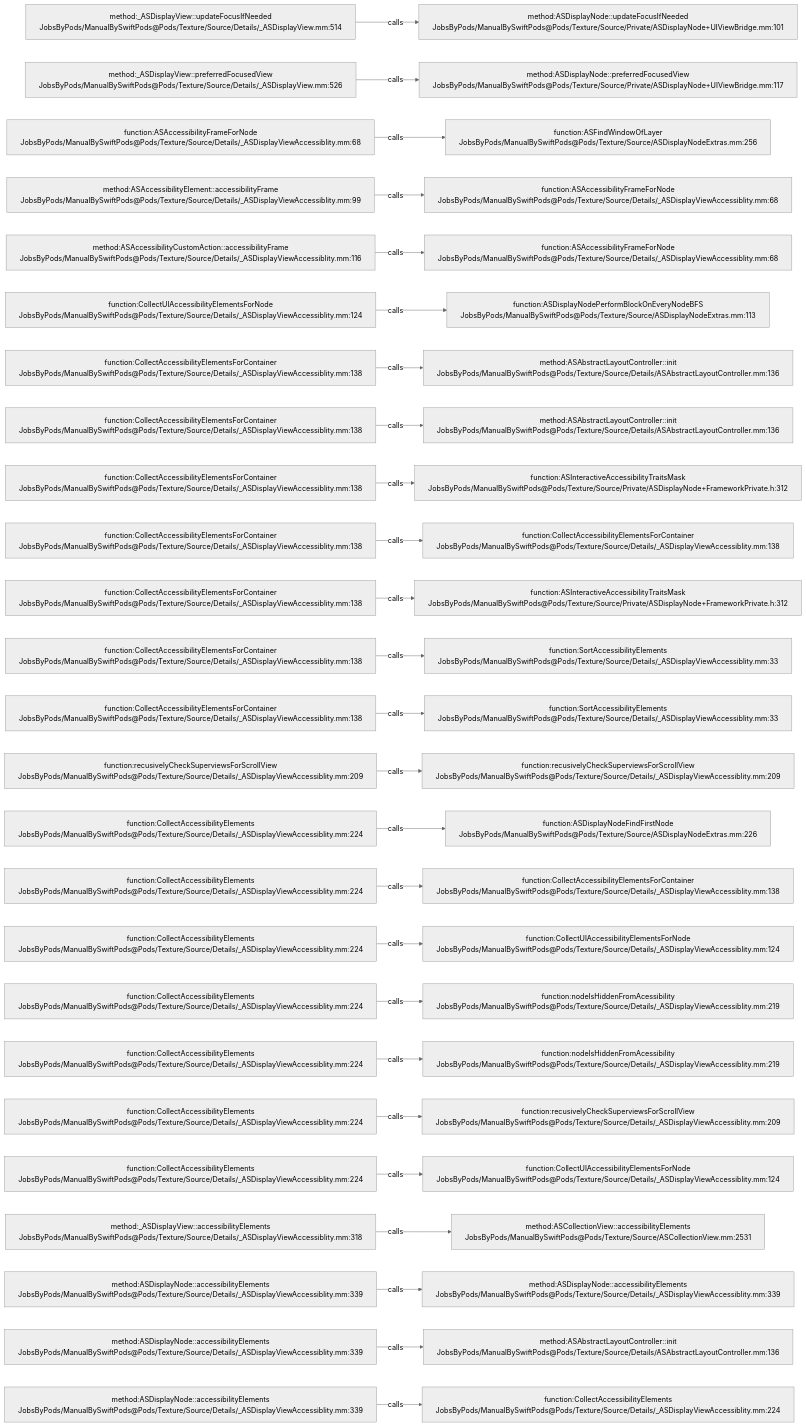
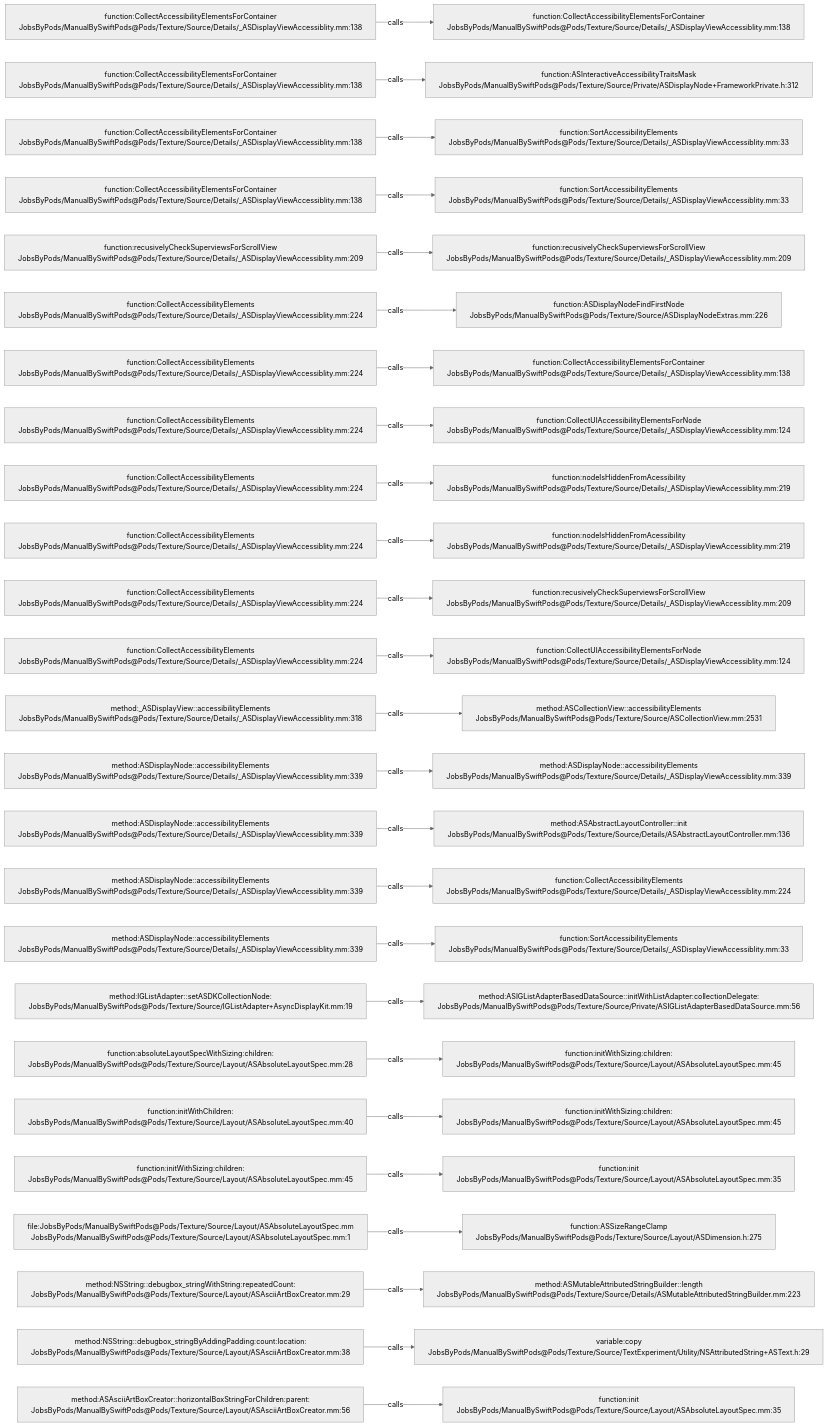
One commit to JobsKits/JobsSwiftBaseConfigDemo changed the diagram in .codegraph/codegraph.md/graphs/calls-104.md. Above: the diagram before and after it, drawn with Mermaid (neutral theme). The commit also changed 707 other files, not shown here.

````diff
--- a/.codegraph/codegraph.md/graphs/calls-104.md
+++ b/.codegraph/codegraph.md/graphs/calls-104.md
@@ -13,78 +13,78 @@
 ```mermaid
 flowchart LR
-  S1["method:_ASDisplayView::updateFocusIfNeeded<br/>JobsByPods/ManualBySwiftPods@Pods/Texture/Source/Details/_ASDisplayView.mm:514"]
-  T1["method:ASDisplayNode::updateFocusIfNeeded<br/>JobsByPods/ManualBySwiftPods@Pods/Texture/Source/Private/ASDisplayNode+UIViewBridge.mm:101"]
+  S1["function:CollectAccessibilityElementsForContainer<br/>JobsByPods/ManualBySwiftPods@Pods/Texture/Source/Details/_ASDisplayViewAccessiblity.mm:138"]
+  T1["function:CollectAccessibilityElementsForContainer<br/>JobsByPods/ManualBySwiftPods@Pods/Texture/Source/Details/_ASDisplayViewAccessiblity.mm:138"]
   S1 -->|calls| T1
-  S2["method:_ASDisplayView::preferredFocusedView<br/>JobsByPods/ManualBySwiftPods@Pods/Texture/Source/Details/_ASDisplayView.mm:526"]
-  T2["method:ASDisplayNode::preferredFocusedView<br/>JobsByPods/ManualBySwiftPods@Pods/Texture/Source/Private/ASDisplayNode+UIViewBridge.mm:117"]
+  S2["function:CollectAccessibilityElementsForContainer<br/>JobsByPods/ManualBySwiftPods@Pods/Texture/Source/Details/_ASDisplayViewAccessiblity.mm:138"]
+  T2["function:ASInteractiveAccessibilityTraitsMask<br/>JobsByPods/ManualBySwiftPods@Pods/Texture/Source/Private/ASDisplayNode+FrameworkPrivate.h:312"]
   S2 -->|calls| T2
-  S3["function:ASAccessibilityFrameForNode<br/>JobsByPods/ManualBySwiftPods@Pods/Texture/Source/Details/_ASDisplayViewAccessiblity.mm:68"]
-  T3["function:ASFindWindowOfLayer<br/>JobsByPods/ManualBySwiftPods@Pods/Texture/Source/ASDisplayNodeExtras.mm:256"]
+  S3["function:CollectAccessibilityElementsForContainer<br/>JobsByPods/ManualBySwiftPods@Pods/Texture/Source/Details/_ASDisplayViewAccessiblity.mm:138"]
+  T3["function:SortAccessibilityElements<br/>JobsByPods/ManualBySwiftPods@Pods/Texture/Source/Details/_ASDisplayViewAccessiblity.mm:33"]
   S3 -->|calls| T3
-  S4["method:ASAccessibilityElement::accessibilityFrame<br/>JobsByPods/ManualBySwiftPods@Pods/Texture/Source/Details/_ASDisplayViewAccessiblity.mm:99"]
-  T4["function:ASAccessibilityFrameForNode<br/>JobsByPods/ManualBySwiftPods@Pods/Texture/Source/Details/_ASDisplayViewAccessiblity.mm:68"]
+  S4["function:CollectAccessibilityElementsForContainer<br/>JobsByPods/ManualBySwiftPods@Pods/Texture/Source/Details/_ASDisplayViewAccessiblity.mm:138"]
+  T4["function:SortAccessibilityElements<br/>JobsByPods/ManualBySwiftPods@Pods/Texture/Source/Details/_ASDisplayViewAccessiblity.mm:33"]
   S4 -->|calls| T4
-  S5["method:ASAccessibilityCustomAction::accessibilityFrame<br/>JobsByPods/ManualBySwiftPods@Pods/Texture/Source/Details/_ASDisplayViewAccessiblity.mm:116"]
-  T5["function:ASAccessibilityFrameForNode<br/>JobsByPods/ManualBySwiftPods@Pods/Texture/Source/Details/_ASDisplayViewAccessiblity.mm:68"]
+  S5["function:recusivelyCheckSuperviewsForScrollView<br/>JobsByPods/ManualBySwiftPods@Pods/Texture/Source/Details/_ASDisplayViewAccessiblity.mm:209"]
+  T5["function:recusivelyCheckSuperviewsForScrollView<br/>JobsByPods/ManualBySwiftPods@Pods/Texture/Source/Details/_ASDisplayViewAccessiblity.mm:209"]
   S5 -->|calls| T5
-  S6["function:CollectUIAccessibilityElementsForNode<br/>JobsByPods/ManualBySwiftPods@Pods/Texture/Source/Details/_ASDisplayViewAccessiblity.mm:124"]
-  T6["function:ASDisplayNodePerformBlockOnEveryNodeBFS<br/>JobsByPods/ManualBySwiftPods@Pods/Texture/Source/ASDisplayNodeExtras.mm:113"]
+  S6["function:CollectAccessibilityElements<br/>JobsByPods/ManualBySwiftPods@Pods/Texture/Source/Details/_ASDisplayViewAccessiblity.mm:224"]
+  T6["function:ASDisplayNodeFindFirstNode<br/>JobsByPods/ManualBySwiftPods@Pods/Texture/Source/ASDisplayNodeExtras.mm:226"]
   S6 -->|calls| T6
-  S7["function:CollectAccessibilityElementsForContainer<br/>JobsByPods/ManualBySwiftPods@Pods/Texture/Source/Details/_ASDisplayViewAccessiblity.mm:138"]
-  T7["method:ASAbstractLayoutController::init<br/>JobsByPods/ManualBySwiftPods@Pods/Texture/Source/Details/ASAbstractLayoutController.mm:136"]
+  S7["function:CollectAccessibilityElements<br/>JobsByPods/ManualBySwiftPods@Pods/Texture/Source/Details/_ASDisplayViewAccessiblity.mm:224"]
+  T7["function:CollectAccessibilityElementsForContainer<br/>JobsByPods/ManualBySwiftPods@Pods/Texture/Source/Details/_ASDisplayViewAccessiblity.mm:138"]
   S7 -->|calls| T7
-  S8["function:CollectAccessibilityElementsForContainer<br/>JobsByPods/ManualBySwiftPods@Pods/Texture/Source/Details/_ASDisplayViewAccessiblity.mm:138"]
-  T8["method:ASAbstractLayoutController::init<br/>JobsByPods/ManualBySwiftPods@Pods/Texture/Source/Details/ASAbstractLayoutController.mm:136"]
+  S8["function:CollectAccessibilityElements<br/>JobsByPods/ManualBySwiftPods@Pods/Texture/Source/Details/_ASDisplayViewAccessiblity.mm:224"]
+  T8["function:CollectUIAccessibilityElementsForNode<br/>JobsByPods/ManualBySwiftPods@Pods/Texture/Source/Details/_ASDisplayViewAccessiblity.mm:124"]
   S8 -->|calls| T8
-  S9["function:CollectAccessibilityElementsForContainer<br/>JobsByPods/ManualBySwiftPods@Pods/Texture/Source/Details/_ASDisplayViewAccessiblity.mm:138"]
-  T9["function:ASInteractiveAccessibilityTraitsMask<br/>JobsByPods/ManualBySwiftPods@Pods/Texture/Source/Private/ASDisplayNode+FrameworkPrivate.h:312"]
+  S9["function:CollectAccessibilityElements<br/>JobsByPods/ManualBySwiftPods@Pods/Texture/Source/Details/_ASDisplayViewAccessiblity.mm:224"]
+  T9["function:nodeIsHiddenFromAcessibility<br/>JobsByPods/ManualBySwiftPods@Pods/Texture/Source/Details/_ASDisplayViewAccessiblity.mm:219"]
   S9 -->|calls| T9
-  S10["function:CollectAccessibilityElementsForContainer<br/>JobsByPods/ManualBySwiftPods@Pods/Texture/Source/Details/_ASDisplayViewAccessiblity.mm:138"]
-  T10["function:CollectAccessibilityElementsForContainer<br/>JobsByPods/ManualBySwiftPods@Pods/Texture/Source/Details/_ASDisplayViewAccessiblity.mm:138"]
+  S10["function:CollectAccessibilityElements<br/>JobsByPods/ManualBySwiftPods@Pods/Texture/Source/Details/_ASDisplayViewAccessiblity.mm:224"]
+  T10["function:nodeIsHiddenFromAcessibility<br/>JobsByPods/ManualBySwiftPods@Pods/Texture/Source/Details/_ASDisplayViewAccessiblity.mm:219"]
   S10 -->|calls| T10
-  S11["function:CollectAccessibilityElementsForContainer<br/>JobsByPods/ManualBySwiftPods@Pods/Texture/Source/Details/_ASDisplayViewAccessiblity.mm:138"]
-  T11["function:ASInteractiveAccessibilityTraitsMask<br/>JobsByPods/ManualBySwiftPods@Pods/Texture/Source/Private/ASDisplayNode+FrameworkPrivate.h:312"]
+  S11["function:CollectAccessibilityElements<br/>JobsByPods/ManualBySwiftPods@Pods/Texture/Source/Details/_ASDisplayViewAccessiblity.mm:224"]
+  T11["function:recusivelyCheckSuperviewsForScrollView<br/>JobsByPods/ManualBySwiftPods@Pods/Texture/Source/Details/_ASDisplayViewAccessiblity.mm:209"]
   S11 -->|calls| T11
-  S12["function:CollectAccessibilityElementsForContainer<br/>JobsByPods/ManualBySwiftPods@Pods/Texture/Source/Details/_ASDisplayViewAccessiblity.mm:138"]
-  T12["function:SortAccessibilityElements<br/>JobsByPods/ManualBySwiftPods@Pods/Texture/Source/Details/_ASDisplayViewAccessiblity.mm:33"]
+  S12["function:CollectAccessibilityElements<br/>JobsByPods/ManualBySwiftPods@Pods/Texture/Source/Details/_ASDisplayViewAccessiblity.mm:224"]
+  T12["function:CollectUIAccessibilityElementsForNode<br/>JobsByPods/ManualBySwiftPods@Pods/Texture/Source/Details/_ASDisplayViewAccessiblity.mm:124"]
   S12 -->|calls| T12
-  S13["function:CollectAccessibilityElementsForContainer<br/>JobsByPods/ManualBySwiftPods@Pods/Texture/Source/Details/_ASDisplayViewAccessiblity.mm:138"]
-  T13["function:SortAccessibilityElements<br/>JobsByPods/ManualBySwiftPods@Pods/Texture/Source/Details/_ASDisplayViewAccessiblity.mm:33"]
+  S13["method:_ASDisplayView::accessibilityElements<br/>JobsByPods/ManualBySwiftPods@Pods/Texture/Source/Details/_ASDisplayViewAccessiblity.mm:318"]
+  T13["method:ASCollectionView::accessibilityElements<br/>JobsByPods/ManualBySwiftPods@Pods/Texture/Source/ASCollectionView.mm:2531"]
   S13 -->|calls| T13
-  S14["function:recusivelyCheckSuperviewsForScrollView<br/>JobsByPods/ManualBySwiftPods@Pods/Texture/Source/Details/_ASDisplayViewAccessiblity.mm:209"]
-  T14["function:recusivelyCheckSuperviewsForScrollView<br/>JobsByPods/ManualBySwiftPods@Pods/Texture/Source/Details/_ASDisplayViewAccessiblity.mm:209"]
+  S14["method:ASDisplayNode::accessibilityElements<br/>JobsByPods/ManualBySwiftPods@Pods/Texture/Source/Details/_ASDisplayViewAccessiblity.mm:339"]
+  T14["method:ASDisplayNode::accessibilityElements<br/>JobsByPods/ManualBySwiftPods@Pods/Texture/Source/Details/_ASDisplayViewAccessiblity.mm:339"]
   S14 -->|calls| T14
-  S15["function:CollectAccessibilityElements<br/>JobsByPods/ManualBySwiftPods@Pods/Texture/Source/Details/_ASDisplayViewAccessiblity.mm:224"]
-  T15["function:ASDisplayNodeFindFirstNode<br/>JobsByPods/ManualBySwiftPods@Pods/Texture/Source/ASDisplayNodeExtras.mm:226"]
+  S15["method:ASDisplayNode::accessibilityElements<br/>JobsByPods/ManualBySwiftPods@Pods/Texture/Source/Details/_ASDisplayViewAccessiblity.mm:339"]
+  T15["method:ASAbstractLayoutController::init<br/>JobsByPods/ManualBySwiftPods@Pods/Texture/Source/Details/ASAbstractLayoutController.mm:136"]
   S15 -->|calls| T15
-  S16["function:CollectAccessibilityElements<br/>JobsByPods/ManualBySwiftPods@Pods/Texture/Source/Details/_ASDisplayViewAccessiblity.mm:224"]
-  T16["function:CollectAccessibilityElementsForContainer<br/>JobsByPods/ManualBySwiftPods@Pods/Texture/Source/Details/_ASDisplayViewAccessiblity.mm:138"]
+  S16["method:ASDisplayNode::accessibilityElements<br/>JobsByPods/ManualBySwiftPods@Pods/Texture/Source/Details/_ASDisplayViewAccessiblity.mm:339"]
+  T16["function:CollectAccessibilityElements<br/>JobsByPods/ManualBySwiftPods@Pods/Texture/Source/Details/_ASDisplayViewAccessiblity.mm:224"]
   S16 -->|calls| T16
-  S17["function:CollectAccessibilityElements<br/>JobsByPods/ManualBySwiftPods@Pods/Texture/Source/Details/_ASDisplayViewAccessiblity.mm:224"]
-  T17["function:CollectUIAccessibilityElementsForNode<br/>JobsByPods/ManualBySwiftPods@Pods/Texture/Source/Details/_ASDisplayViewAccessiblity.mm:124"]
+  S17["method:ASDisplayNode::accessibilityElements<br/>JobsByPods/ManualBySwiftPods@Pods/Texture/Source/Details/_ASDisplayViewAccessiblity.mm:339"]
+  T17["function:SortAccessibilityElements<br/>JobsByPods/ManualBySwiftPods@Pods/Texture/Source/Details/_ASDisplayViewAccessiblity.mm:33"]
   S17 -->|calls| T17
-  S18["function:CollectAccessibilityElements<br/>JobsByPods/ManualBySwiftPods@Pods/Texture/Source/Details/_ASDisplayViewAccessiblity.mm:224"]
-  T18["function:nodeIsHiddenFromAcessibility<br/>JobsByPods/ManualBySwiftPods@Pods/Texture/Source/Details/_ASDisplayViewAccessiblity.mm:219"]
+  S18["method:IGListAdapter::setASDKCollectionNode:<br/>JobsByPods/ManualBySwiftPods@Pods/Texture/Source/IGListAdapter+AsyncDisplayKit.mm:19"]
+  T18["method:ASIGListAdapterBasedDataSource::initWithListAdapter:collectionDelegate:<br/>JobsByPods/ManualBySwiftPods@Pods/Texture/Source/Private/ASIGListAdapterBasedDataSource.mm:56"]
   S18 -->|calls| T18
-  S19["function:CollectAccessibilityElements<br/>JobsByPods/ManualBySwiftPods@Pods/Texture/Source/Details/_ASDisplayViewAccessiblity.mm:224"]
-  T19["function:nodeIsHiddenFromAcessibility<br/>JobsByPods/ManualBySwiftPods@Pods/Texture/Source/Details/_ASDisplayViewAccessiblity.mm:219"]
+  S19["function:absoluteLayoutSpecWithSizing:children:<br/>JobsByPods/ManualBySwiftPods@Pods/Texture/Source/Layout/ASAbsoluteLayoutSpec.mm:28"]
+  T19["function:initWithSizing:children:<br/>JobsByPods/ManualBySwiftPods@Pods/Texture/Source/Layout/ASAbsoluteLayoutSpec.mm:45"]
   S19 -->|calls| T19
-  S20["function:CollectAccessibilityElements<br/>JobsByPods/ManualBySwiftPods@Pods/Texture/Source/Details/_ASDisplayViewAccessiblity.mm:224"]
-  T20["function:recusivelyCheckSuperviewsForScrollView<br/>JobsByPods/ManualBySwiftPods@Pods/Texture/Source/Details/_ASDisplayViewAccessiblity.mm:209"]
+  S20["function:initWithChildren:<br/>JobsByPods/ManualBySwiftPods@Pods/Texture/Source/Layout/ASAbsoluteLayoutSpec.mm:40"]
+  T20["function:initWithSizing:children:<br/>JobsByPods/ManualBySwiftPods@Pods/Texture/Source/Layout/ASAbsoluteLayoutSpec.mm:45"]
   S20 -->|calls| T20
-  S21["function:CollectAccessibilityElements<br/>JobsByPods/ManualBySwiftPods@Pods/Texture/Source/Details/_ASDisplayViewAccessiblity.mm:224"]
-  T21["function:CollectUIAccessibilityElementsForNode<br/>JobsByPods/ManualBySwiftPods@Pods/Texture/Source/Details/_ASDisplayViewAccessiblity.mm:124"]
+  S21["function:initWithSizing:children:<br/>JobsByPods/ManualBySwiftPods@Pods/Texture/Source/Layout/ASAbsoluteLayoutSpec.mm:45"]
+  T21["function:init<br/>JobsByPods/ManualBySwiftPods@Pods/Texture/Source/Layout/ASAbsoluteLayoutSpec.mm:35"]
   S21 -->|calls| T21
-  S22["method:_ASDisplayView::accessibilityElements<br/>JobsByPods/ManualBySwiftPods@Pods/Texture/Source/Details/_ASDisplayViewAccessiblity.mm:318"]
-  T22["method:ASCollectionView::accessibilityElements<br/>JobsByPods/ManualBySwiftPods@Pods/Texture/Source/ASCollectionView.mm:2531"]
+  S22["file:JobsByPods/ManualBySwiftPods@Pods/Texture/Source/Layout/ASAbsoluteLayoutSpec.mm<br/>JobsByPods/ManualBySwiftPods@Pods/Texture/Source/Layout/ASAbsoluteLayoutSpec.mm:1"]
+  T22["function:ASSizeRangeClamp<br/>JobsByPods/ManualBySwiftPods@Pods/Texture/Source/Layout/ASDimension.h:275"]
   S22 -->|calls| T22
-  S23["method:ASDisplayNode::accessibilityElements<br/>JobsByPods/ManualBySwiftPods@Pods/Texture/Source/Details/_ASDisplayViewAccessiblity.mm:339"]
-  T23["method:ASDisplayNode::accessibilityElements<br/>JobsByPods/ManualBySwiftPods@Pods/Texture/Source/Details/_ASDisplayViewAccessiblity.mm:339"]
+  S23["method:NSString::debugbox_stringWithString:repeatedCount:<br/>JobsByPods/ManualBySwiftPods@Pods/Texture/Source/Layout/ASAsciiArtBoxCreator.mm:29"]
+  T23["method:ASMutableAttributedStringBuilder::length<br/>JobsByPods/ManualBySwiftPods@Pods/Texture/Source/Details/ASMutableAttributedStringBuilder.mm:223"]
   S23 -->|calls| T23
-  S24["method:ASDisplayNode::accessibilityElements<br/>JobsByPods/ManualBySwiftPods@Pods/Texture/Source/Details/_ASDisplayViewAccessiblity.mm:339"]
-  T24["method:ASAbstractLayoutController::init<br/>JobsByPods/ManualBySwiftPods@Pods/Texture/Source/Details/ASAbstractLayoutController.mm:136"]
+  S24["method:NSString::debugbox_stringByAddingPadding:count:location:<br/>JobsByPods/ManualBySwiftPods@Pods/Texture/Source/Layout/ASAsciiArtBoxCreator.mm:38"]
+  T24["variable:copy<br/>JobsByPods/ManualBySwiftPods@Pods/Texture/Source/TextExperiment/Utility/NSAttributedString+ASText.h:29"]
   S24 -->|calls| T24
-  S25["method:ASDisplayNode::accessibilityElements<br/>JobsByPods/ManualBySwiftPods@Pods/Texture/Source/Details/_ASDisplayViewAccessiblity.mm:339"]
-  T25["function:CollectAccessibilityElements<br/>JobsByPods/ManualBySwiftPods@Pods/Texture/Source/Details/_ASDisplayViewAccessiblity.mm:224"]
+  S25["method:ASAsciiArtBoxCreator::horizontalBoxStringForChildren:parent:<br/>JobsByPods/ManualBySwiftPods@Pods/Texture/Source/Layout/ASAsciiArtBoxCreator.mm:56"]
+  T25["function:init<br/>JobsByPods/ManualBySwiftPods@Pods/Texture/Source/Layout/ASAbsoluteLayoutSpec.mm:35"]
   S25 -->|calls| T25
 ```
````
